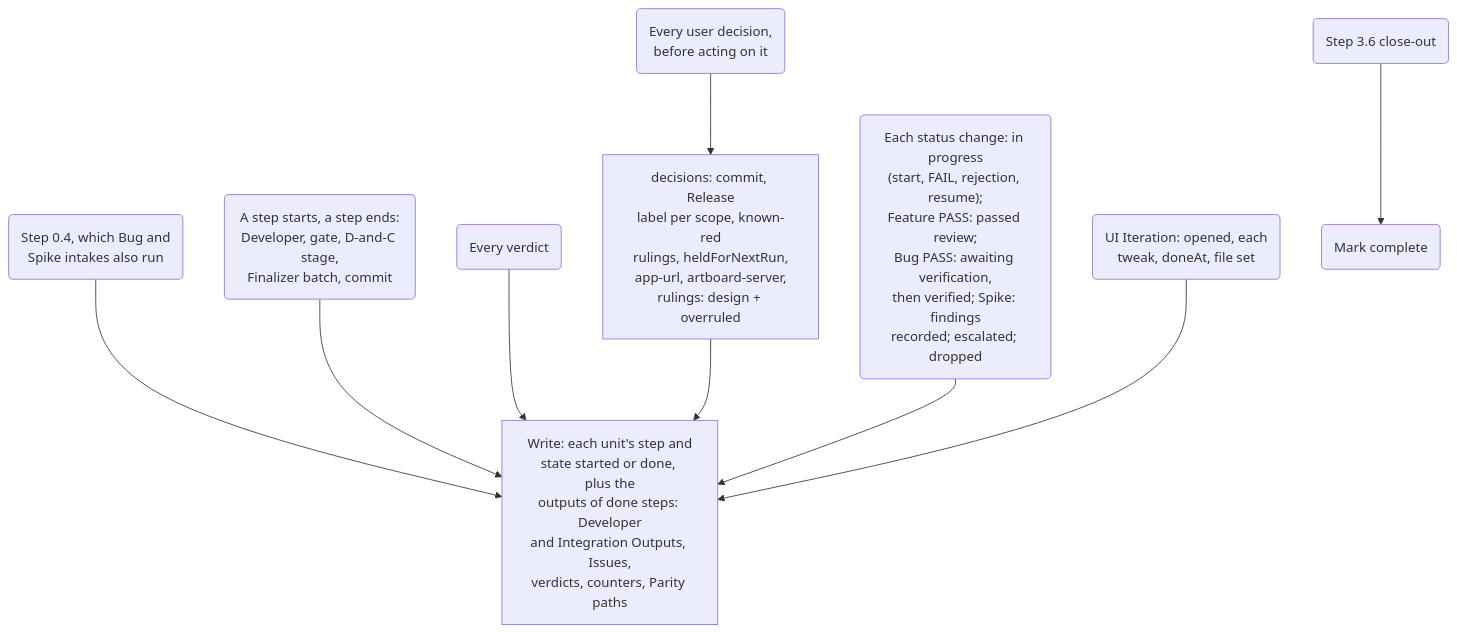
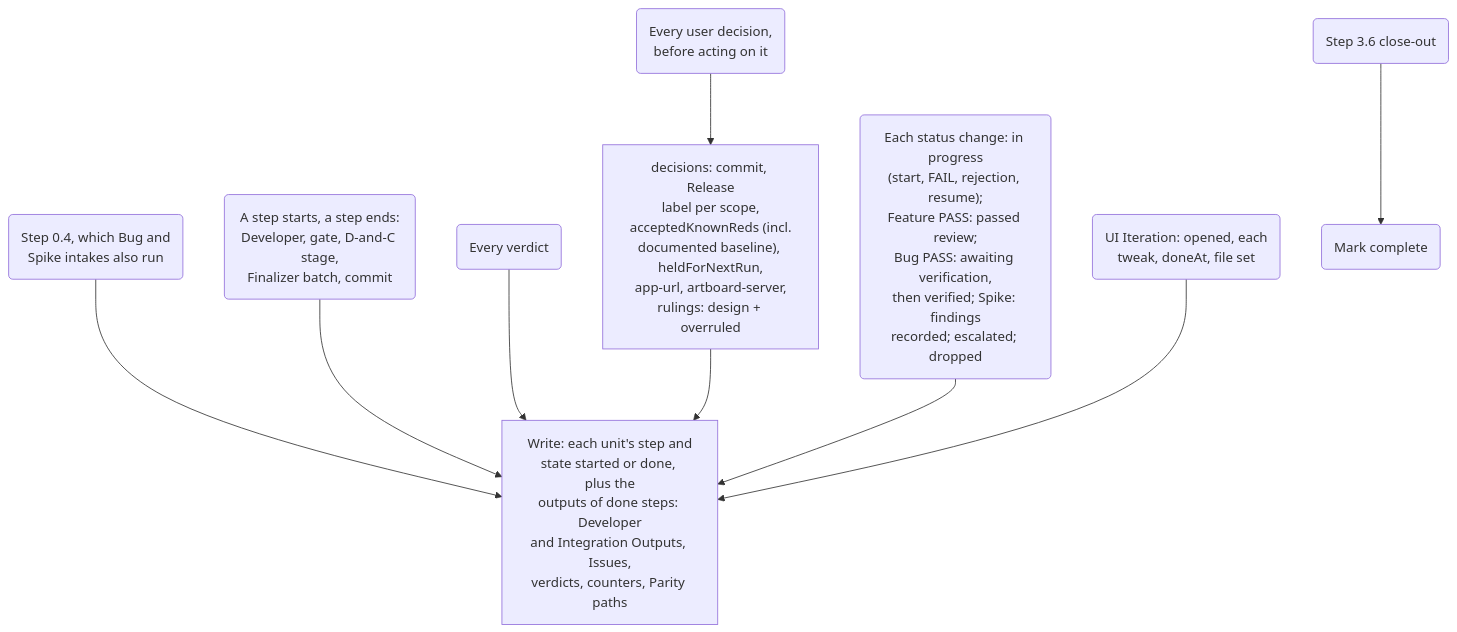
Before and after one commit to muhammedalikhan86/claude-stash: the first of 2 diagrams in skills/plugin-orchestrator-development-pattern/mermaid/13-run-state-and-resume.md, drawn with Mermaid. The commit also changed other lines of this file and 18 other files, not shown here.

````diff
--- a/skills/plugin-orchestrator-development-pattern/mermaid/13-run-state-and-resume.md
+++ b/skills/plugin-orchestrator-development-pattern/mermaid/13-run-state-and-resume.md
@@ -8,12 +8,12 @@
 ```mermaid
 flowchart TD
     E1("Step 0.4, which Bug and<br/>Spike intakes also run") --> W
     E2("A step starts, a step ends:<br/>Developer, gate, D-and-C stage,<br/>Finalizer batch, commit") --> W
     E3("Every verdict") --> W
-    E4("Every user decision,<br/>before acting on it") --> D["decisions: commit, Release<br/>label per scope, known-red<br/>rulings, heldForNextRun,<br/>app-url, artboard-server,<br/>rulings: design + overruled"]
+    E4("Every user decision,<br/>before acting on it") --> D["decisions: commit, Release<br/>label per scope,<br/>acceptedKnownReds (incl.<br/>documented baseline), heldForNextRun,<br/>app-url, artboard-server,<br/>rulings: design + overruled"]
     D --> W
     E5("Each status change: in progress<br/>(start, FAIL, rejection, resume);<br/>Feature PASS: passed review;<br/>Bug PASS: awaiting verification,<br/>then verified; Spike: findings<br/>recorded; escalated; dropped") --> W
     E6("UI Iteration: opened, each<br/>tweak, doneAt, file set") --> W
     W["Write: each unit's step and<br/>state started or done, plus the<br/>outputs of done steps: Developer<br/>and Integration Outputs, Issues,<br/>verdicts, counters, Parity paths"]
     E8("Step 3.6 close-out") --> C("Mark complete")
 ```
````
